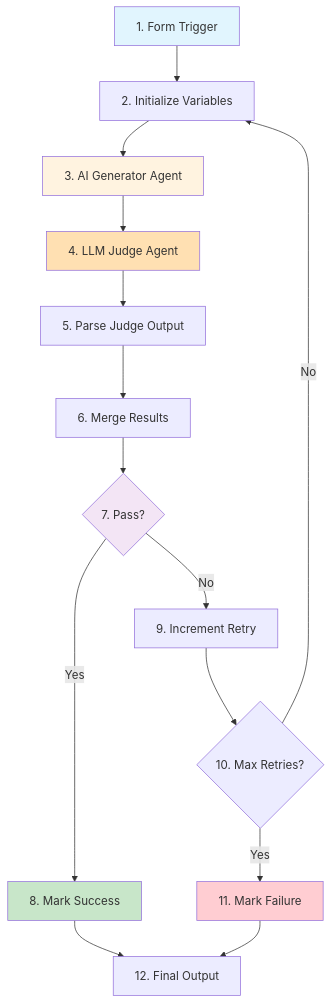
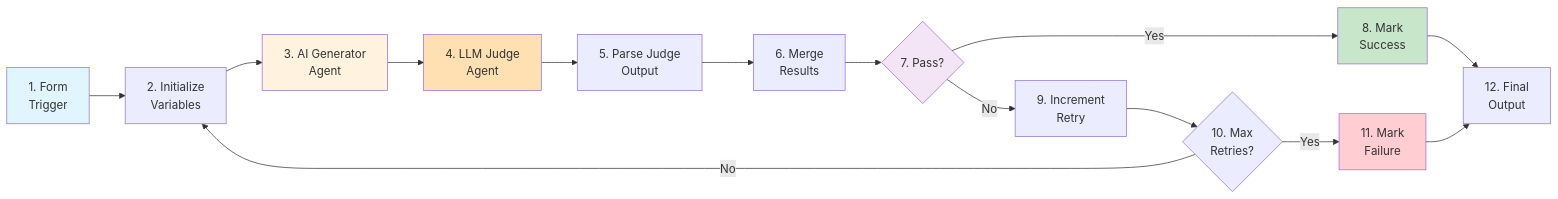
Before and after one commit to LouisChanCLY/automation-exercise: the diagram in docs/exercises/03-llm-as-judge/part-b-workflow.md, drawn with Mermaid.

Commit message:
docs: Improve Exercise 3 workflow diagram from vertical to horizontal layout
Changed mermaid diagram from 'graph TB' (top-bottom) to 'graph LR' (left-right):
- More readable horizontal flow for linear workflows
- Added line breaks in node labels for better spacing
- Separated success/failure paths visually
- Loop-back connection now more clear

Result: Much more readable at a glance, easier to follow the flow from form trigger through generation, judging, and decision points.

````diff
--- a/docs/exercises/03-llm-as-judge/part-b-workflow.md
+++ b/docs/exercises/03-llm-as-judge/part-b-workflow.md
@@ -34,23 +34,25 @@
 ```mermaid
-graph TB
-    Start[1. Form Trigger] --> Init[2. Initialize Variables]
-    Init --> Gen[3. AI Generator Agent]
-    Gen --> Judge[4. LLM Judge Agent]
-    Judge --> Parse[5. Parse Judge Output]
-    Parse --> Merge[6. Merge Results]
+graph LR
+    Start[1. Form<br/>Trigger] --> Init[2. Initialize<br/>Variables]
+    Init --> Gen[3. AI Generator<br/>Agent]
+    Gen --> Judge[4. LLM Judge<br/>Agent]
+    Judge --> Parse[5. Parse Judge<br/>Output]
+    Parse --> Merge[6. Merge<br/>Results]
     Merge --> Check{7. Pass?}
-    Check -->|Yes| Success[8. Mark Success]
-    Check -->|No| Retry[9. Increment Retry]
-    Retry --> MaxCheck{10. Max Retries?}
-    MaxCheck -->|Yes| Fail[11. Mark Failure]
+
+    Check -->|Yes| Success[8. Mark<br/>Success]
+    Success --> Output[12. Final<br/>Output]
+
+    Check -->|No| Retry[9. Increment<br/>Retry]
+    Retry --> MaxCheck{10. Max<br/>Retries?}
     MaxCheck -->|No| Init
-    Success --> Output[12. Final Output]
+    MaxCheck -->|Yes| Fail[11. Mark<br/>Failure]
     Fail --> Output
 
     style Start fill:#e1f5fe
     style Gen fill:#fff3e0
     style Judge fill:#ffe0b2
     style Check fill:#f3e5f5
     style Success fill:#c8e6c9
     style Fail fill:#ffcdd2
 ```
````
